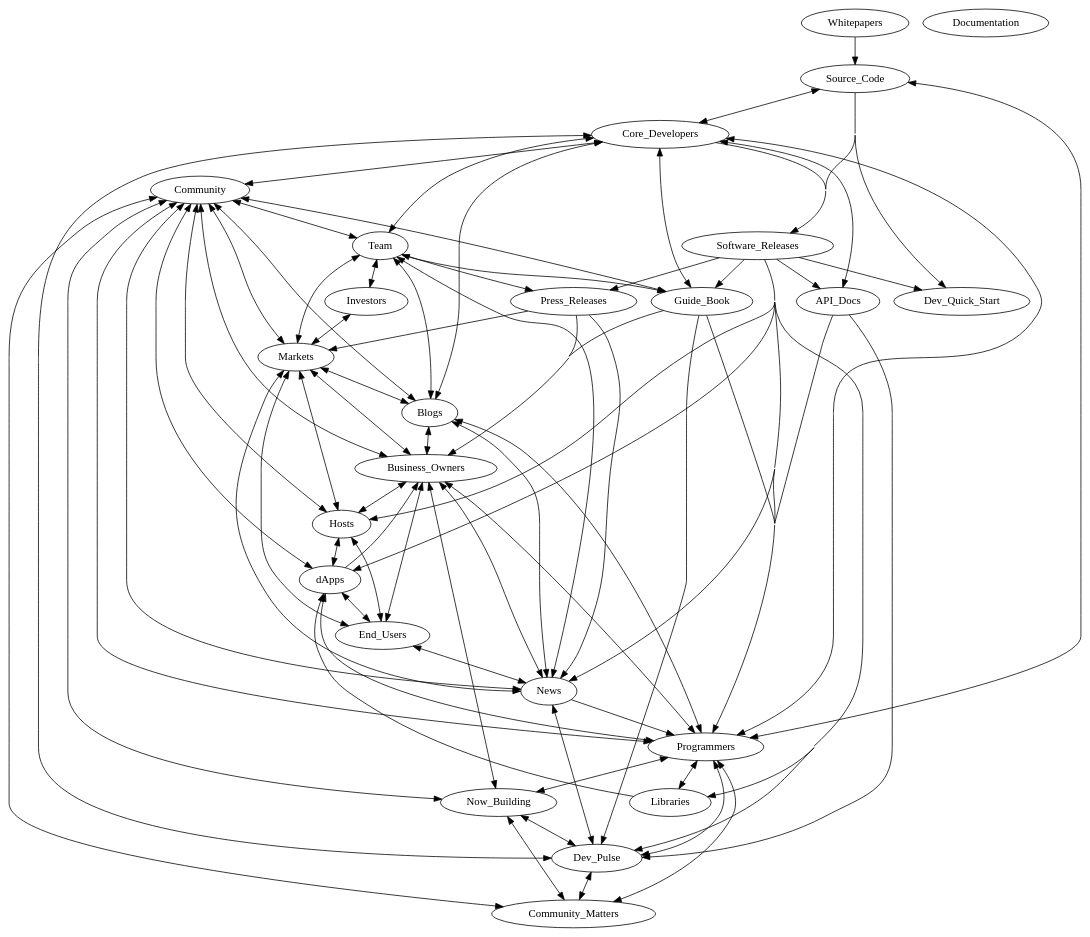
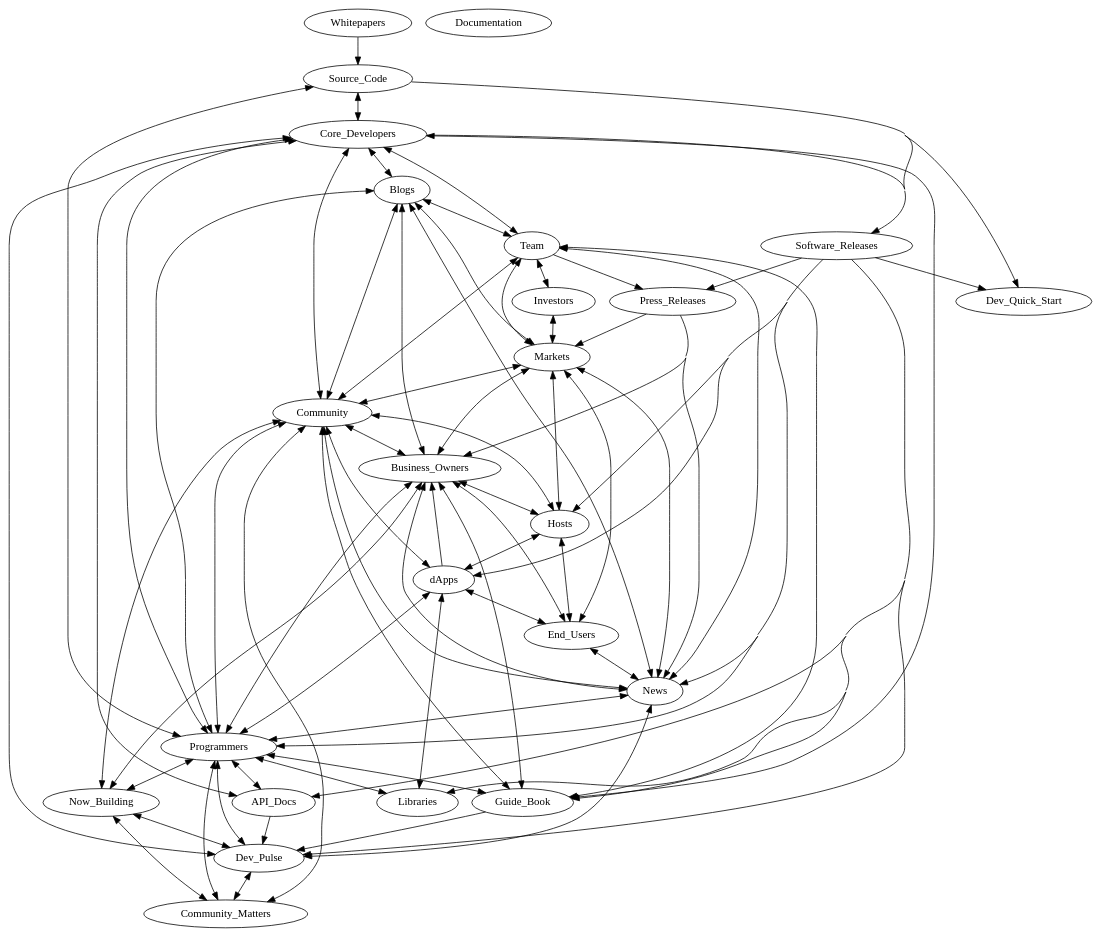
One commit to btakita/holochain-notes changed the diagram in information-flow.dot. Above: the diagram before and after it, drawn with Graphviz. The commit also changed 1 other file, not shown here.

Commit message:
information-flow.dot
	fix segfault
	added some bi-directional edges on Guide_Book
	News -> Programmers -> News

information-flow.svg

```diff
--- a/information-flow.dot
+++ b/information-flow.dot
@@ -1,97 +1,97 @@
 digraph	"Software Flow" {
 	concentrate = true;
 
 	Whitepapers [href = "https://holo.host/whitepapers/"];
 	Source_Code [href = "https://github.com/holochain/holochain-rust"];
 	Team [href = "https://holo.host/team/"];
 	Core_Developers [href = "https://github.com/holochain/holochain-rust/graphs/contributors"];
 	Software_Releases [href = "https://github.com/holochain/holochain-rust/releases"];
 	Hosts [href = "https://holo.host/host/"];
 	Documentation [href = "https://developer.holochain.org/"];
 	Dev_Quick_Start [href = "https://developer.holochain.org/start.html"];
 	API_Docs [href = "https://developer.holochain.org/api/latest/hdk/"]
 	Guide_Book [href = "https://developer.holochain.org/guide/latest/welcome.html"]
 	Dev_Pulse [href = "https://medium.com/holochain"]
 	Community_Matters [href = "https://medium.com/holochain/tagged/community-matters"]
 	Now_Building [href = "https://medium.com/holochain/tagged/now-building"]
 
 	Whitepapers -> Source_Code;
 	Source_Code -> Software_Releases;
 	Source_Code -> Core_Developers -> Source_Code;
 	Source_Code -> Dev_Quick_Start;
 	Software_Releases -> API_Docs;
 	Software_Releases -> News;
 	Software_Releases -> Libraries;
 	Software_Releases -> dApps;
 	Software_Releases -> Hosts;
 	Software_Releases -> Press_Releases;
 	Software_Releases -> API_Docs;
 	Software_Releases -> Dev_Quick_Start;
 	Software_Releases -> Dev_Pulse;
 	Software_Releases -> Guide_Book;
 	Software_Releases -> Programmers;
-	Libraries -> dApps;
+	Libraries -> dApps -> Libraries;
 	dApps -> Business_Owners;
 	dApps -> End_Users -> dApps;
 	API_Docs -> Dev_Pulse;
-	API_Docs -> Programmers;
-	Guide_Book -> Programmers;
-	Guide_Book -> Business_Owners;
+	API_Docs -> Programmers -> API_Docs;
 	Guide_Book -> Dev_Pulse;
+	Guide_Book -> Programmers -> Guide_Book;
+	Guide_Book -> Community -> Guide_Book;
+	Guide_Book -> Business_Owners -> Guide_Book;
 	Guide_Book -> Core_Developers -> Guide_Book;
 	Press_Releases -> News;
 	Press_Releases -> Business_Owners;
 	Press_Releases -> Markets;
 	News -> Dev_Pulse -> News;
-	News -> Programmers;
+	News -> Programmers -> News;
 	News -> Blogs -> News;
 	News -> Business_Owners -> News;
 	News -> End_Users -> News;
 	News -> Markets -> News;
 	Dev_Pulse -> Programmers -> Dev_Pulse;
 	Community_Matters -> Community -> Community_Matters;
 	Dev_Pulse -> Community_Matters -> Dev_Pulse -> Now_Building -> Dev_Pulse;
 	Now_Building -> Community -> Now_Building;
 	Now_Building -> Community_Matters -> Now_Building;
 	Now_Building -> Business_Owners -> Now_Building;
 	Now_Building -> Programmers -> Now_Building;
 	Community_Matters -> Programmers -> Community_Matters;
 	Blogs -> Team -> Blogs;
 	Blogs -> Core_Developers -> Blogs;
 	Blogs -> Programmers -> Blogs;
 	Blogs -> Business_Owners -> Blogs;
 	Blogs -> Markets -> Blogs;
 	Markets -> Hosts -> Markets;
 	Markets -> Investors -> Markets;
 	Markets -> End_Users -> Markets;
 	Team -> Core_Developers -> Team;
 	Team -> Press_Releases;
 	Team -> Guide_Book -> Team;
 	Team -> News -> Team;
 	Team -> Markets -> Team;
 	Team -> Investors -> Team;
 	Core_Developers -> API_Docs -> Core_Developers;
 	Core_Developers -> Guide_Book -> Core_Developers;
 	Core_Developers -> Dev_Pulse -> Core_Developers;
 	Core_Developers -> Programmers -> Core_Developers;
 	Core_Developers -> Software_Releases;
 	Hosts -> dApps -> Hosts;
 	Hosts -> Business_Owners -> Hosts;
 	Hosts -> End_Users -> Hosts;
 	Community -> Team -> Community;
 	Community -> Core_Developers -> Community;
 	Community -> Markets -> Community;
 	Community -> Blogs -> Community;
 	Community -> News -> Community;
 	Community -> Programmers -> Community;
 	Community -> Business_Owners -> Community;
-	Community -> Guide_Book -> Community;
 	Community -> dApps -> Community;
 	Community -> Hosts -> Community;
 	Programmers -> Source_Code -> Programmers;
 	Programmers -> dApps -> Programmers;
 	Programmers -> Libraries -> Programmers;
 	Programmers -> Business_Owners -> Programmers;
 	Business_Owners -> End_Users -> Business_Owners;
 	Business_Owners -> Markets -> Business_Owners;
 }
```
